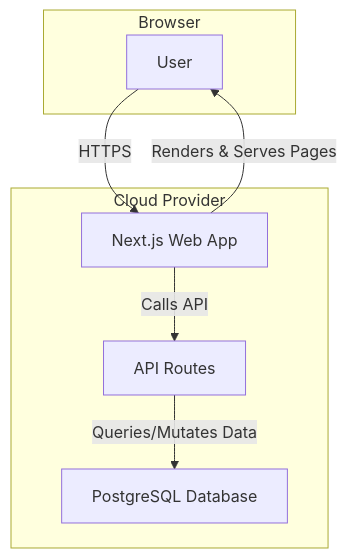
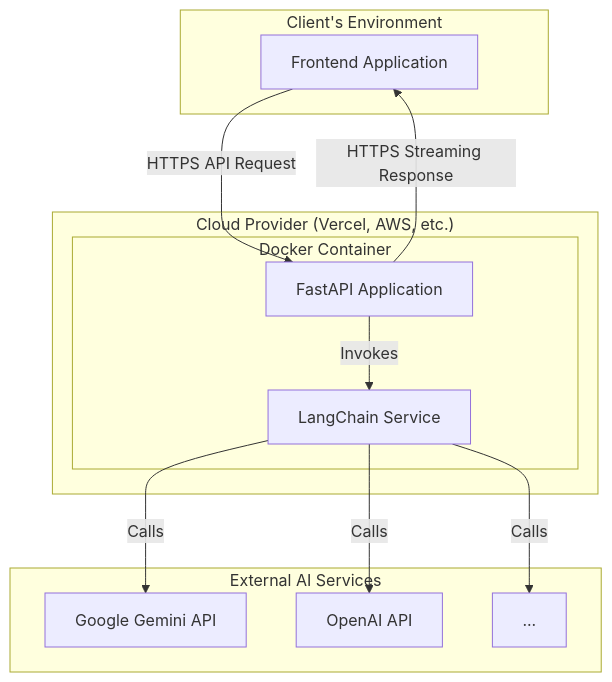
One commit to ljdelavega/ai-chatbot-api changed the first of 2 diagrams in docs/architecture_docs.md. Above: the diagram before and after it, drawn with Mermaid. The commit also changed other lines of this file and 1 other file, not shown here.

Commit message:
Update architecture docs and README

````diff
--- a/docs/architecture_docs.md
+++ b/docs/architecture_docs.md
@@ -43,17 +48,26 @@
 ```mermaid
 graph TD
-    subgraph "Browser"
-        A[User]
+    subgraph "Client's Environment"
+        A[Frontend Application]
     end
 
-    subgraph "Cloud Provider"
-        B[Next.js Web App]
-        C[API Routes]
-        D[PostgreSQL Database]
+    subgraph "Cloud Provider (Vercel, AWS, etc.)"
+        subgraph "Docker Container"
+            B[FastAPI Application]
+            C[LangChain Service]
+            B -- Invokes --> C
+        end
+    end
+    
+    subgraph "External AI Services"
+        D[Google Gemini API]
+        E[OpenAI API]
+        F[...]
     end
 
-    A -- HTTPS --> B
-    B -- Renders & Serves Pages --> A
-    B -- Calls API --> C
-    C -- Queries/Mutates Data --> D
+    A -- HTTPS API Request --> B
+    C -- Calls --> D
+    C -- Calls --> E
+    C -- Calls --> F
+    B -- HTTPS Streaming Response --> A
 ```
````
